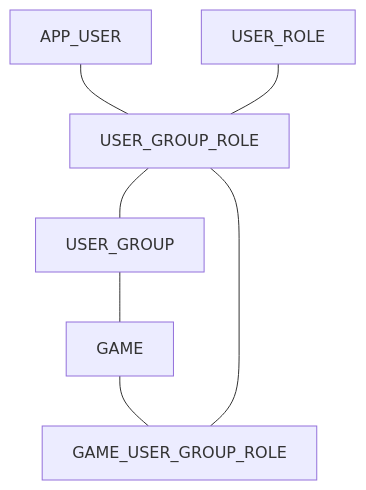
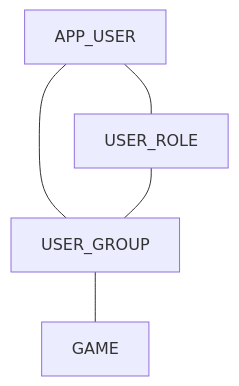
Before and after one commit to MichaelM9/5-A-Side-Organiser: the first of 2 diagrams in README.md, drawn with Mermaid. The commit also changed other lines of this file, not shown here.

````diff
--- a/README.md
+++ b/README.md
@@ -37,9 +51,7 @@
 ```mermaid
 flowchart
-APP_USER --- USER_GROUP_ROLE
-USER_ROLE --- USER_GROUP_ROLE
-USER_GROUP_ROLE --- USER_GROUP
+APP_USER --- USER_ROLE
+APP_USER --- USER_GROUP
+USER_ROLE --- USER_GROUP
 USER_GROUP --- GAME
-GAME --- GAME_USER_GROUP_ROLE
-USER_GROUP_ROLE --- GAME_USER_GROUP_ROLE
 ```
````
